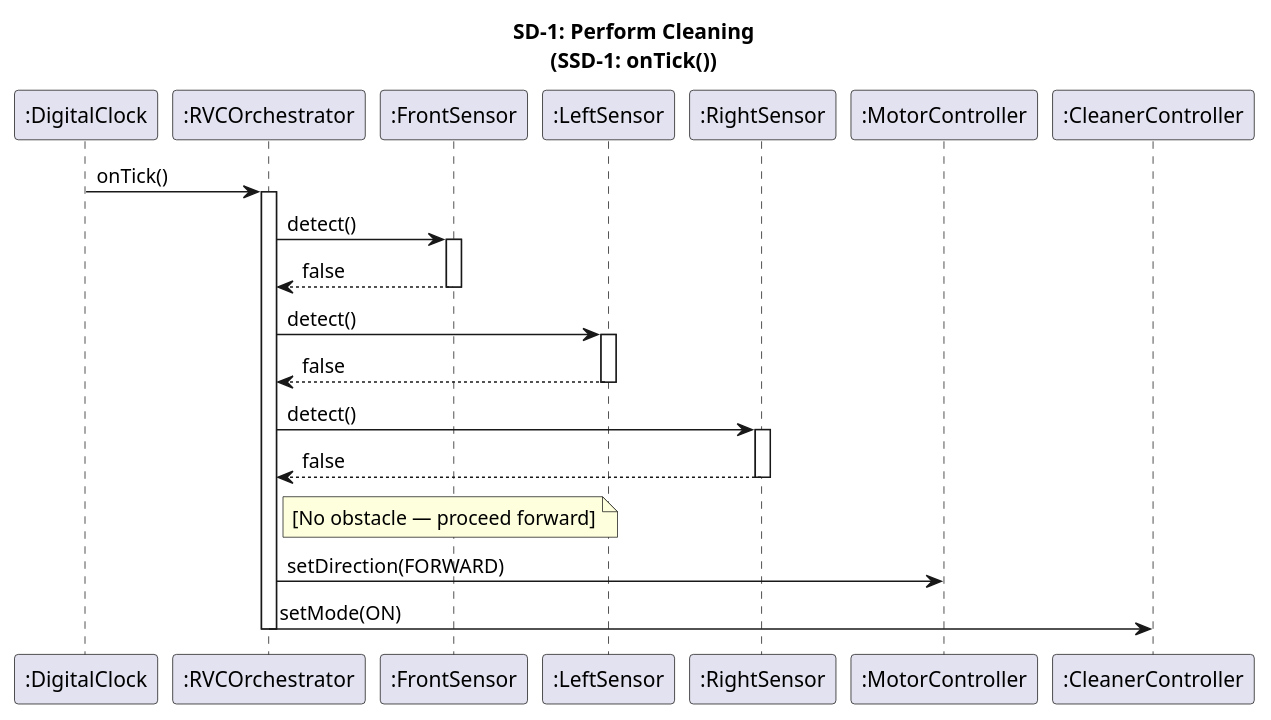
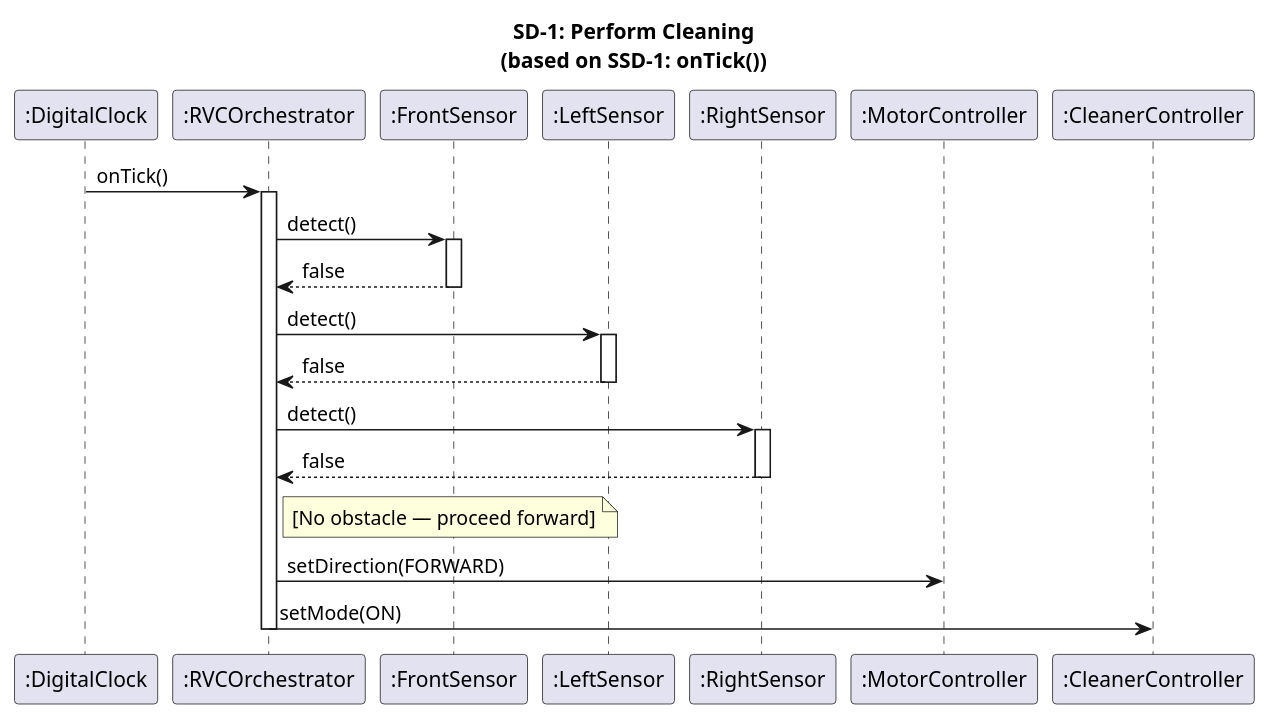
The first of 4 diagrams in docs/vibe-coding/03-ood/sequence-diagrams.mdx (OOP-konkuk/CICD-Team7), drawn with PlantUML before and after one commit. The commit also changed other lines of this file and 25 other files, not shown here.

````diff
--- a/docs/vibe-coding/03-ood/sequence-diagrams.mdx
+++ b/docs/vibe-coding/03-ood/sequence-diagrams.mdx
@@ -29,32 +29,32 @@
 ```plantuml
 @startuml SD1_PerformCleaning
-title SD-1: Perform Cleaning\n(SSD-1: onTick())
+title SD-1: Perform Cleaning\n(based on SSD-1: onTick())
 
 participant ":DigitalClock" as Clock
 participant ":RVCOrchestrator" as Orch
 participant ":FrontSensor" as FS
 participant ":LeftSensor" as LS
 participant ":RightSensor" as RS
 participant ":MotorController" as Motor
 participant ":CleanerController" as Cleaner
 
 Clock -> Orch : onTick()
 activate Orch
 Orch -> FS : detect()
 activate FS
 FS --> Orch : false
 deactivate FS
 Orch -> LS : detect()
 activate LS
 LS --> Orch : false
 deactivate LS
 Orch -> RS : detect()
 activate RS
 RS --> Orch : false
 deactivate RS
 note right of Orch : [No obstacle — proceed forward]
 Orch -> Motor : setDirection(FORWARD)
 Orch -> Cleaner : setMode(ON)
 deactivate Orch
 @enduml
 ```
````
